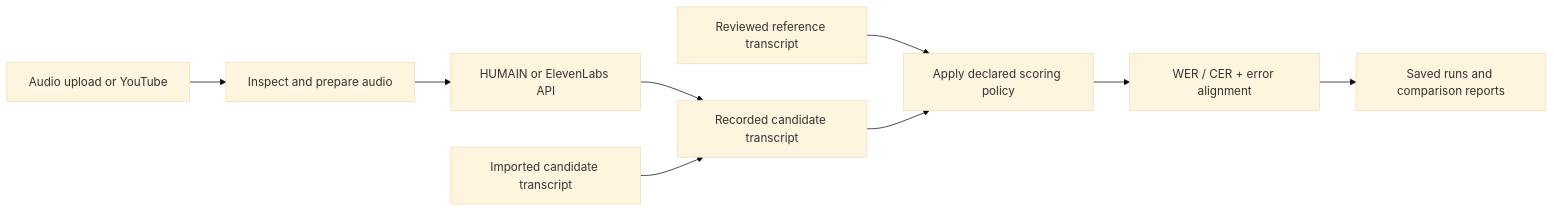
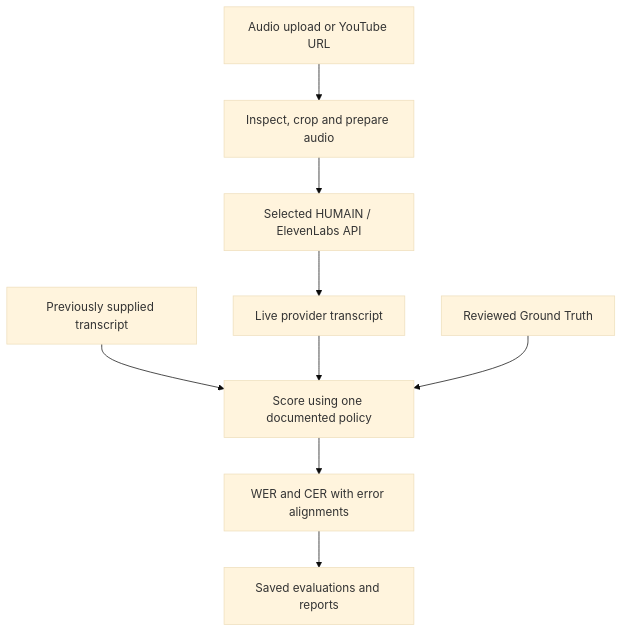
Before and after one commit to momaoalo/ASR-Evaluation: the diagram in README.md, drawn with Mermaid (base theme). The commit also changed other lines of this file and 8 other files, not shown here.

````diff
--- a/README.md
+++ b/README.md
@@ -43,11 +43,11 @@
 ```mermaid
-flowchart LR
-    A[Audio upload or YouTube] --> B[Inspect and prepare audio]
-    B --> C[HUMAIN or ElevenLabs API]
-    C --> E[Recorded candidate transcript]
-    D[Imported candidate transcript] --> E
-    R[Reviewed reference transcript] --> F[Apply declared scoring policy]
+flowchart TD
+    A[Audio upload or YouTube URL] --> B[Inspect, crop and prepare audio]
+    B --> C[Selected HUMAIN / ElevenLabs API]
+    C --> E[Live provider transcript]
+    D[Previously supplied transcript] --> F[Score using one documented policy]
     E --> F
-    F --> G[WER / CER + error alignment]
-    G --> H[Saved runs and comparison reports]
+    R[Reviewed Ground Truth] --> F
+    F --> G[WER and CER with error alignments]
+    G --> H[Saved evaluations and reports]
 ```
````
